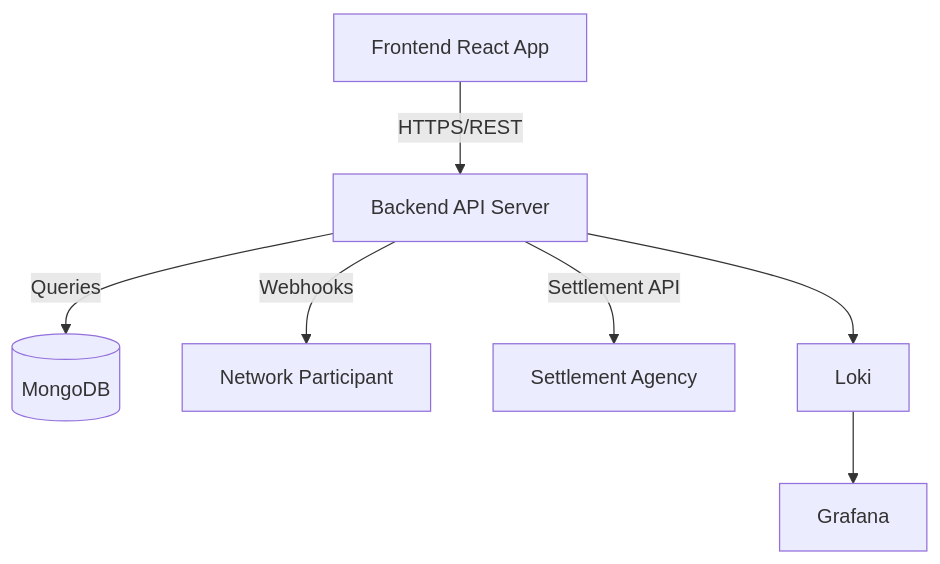
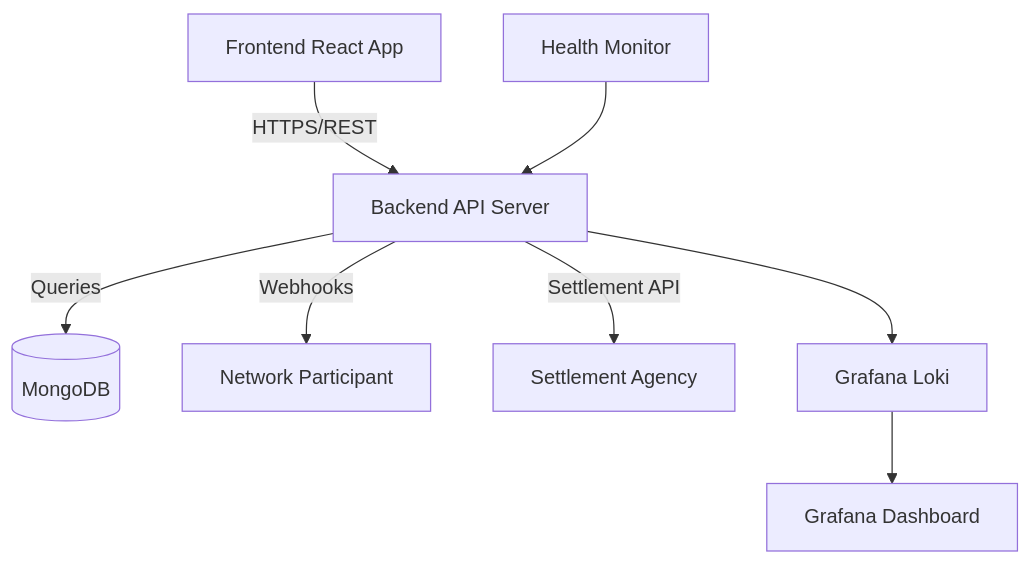
The diagram in README.md (ONDC-Official/rsf-utility), drawn with Mermaid before and after one commit. The commit also changed other lines of this file and 3 other files, not shown here.

````diff
--- a/README.md
+++ b/README.md
@@ -79,9 +91,10 @@
 ```mermaid
 graph TD
     A[Frontend React App] -->|HTTPS/REST| B[Backend API Server]
     B -->|Queries| C[(MongoDB)]
     B -->|Webhooks| D[Network Participant]
     B -->|Settlement API| E[Settlement Agency]
-    F[Loki] --> G[Grafana]
+    F[Grafana Loki] --> G[Grafana Dashboard]
     B --> F
+    H[Health Monitor] --> B
 ```
````
